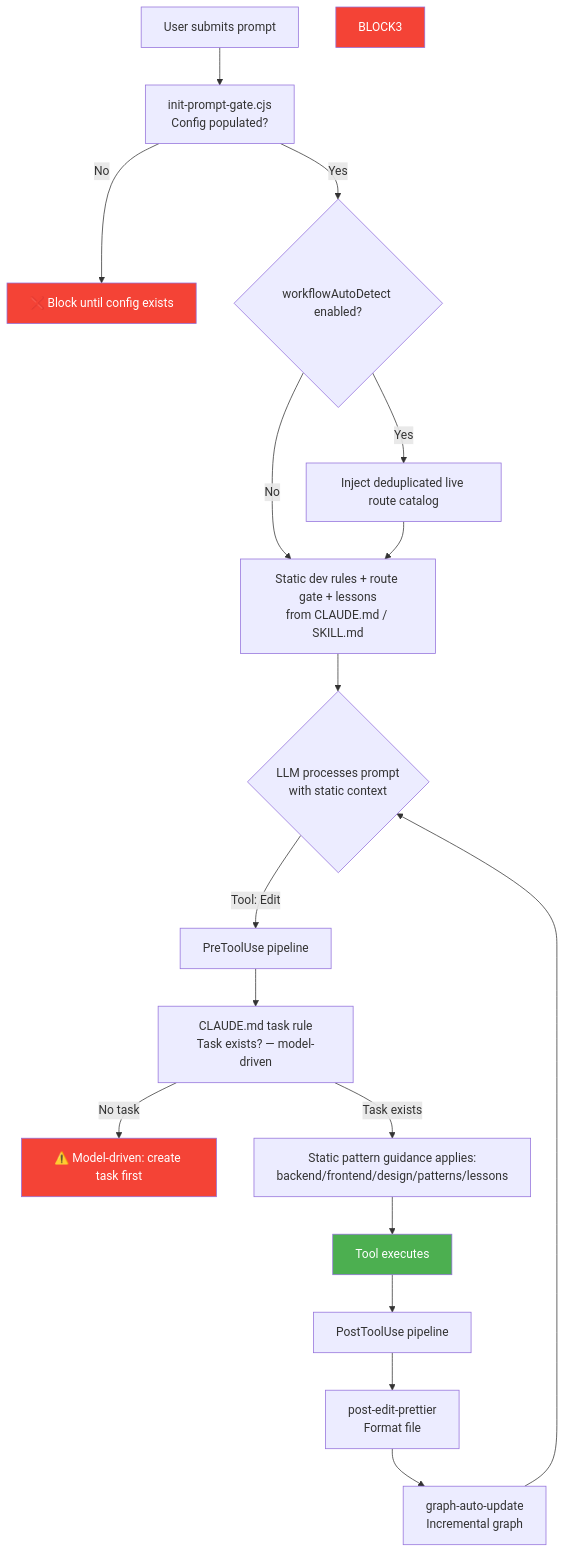
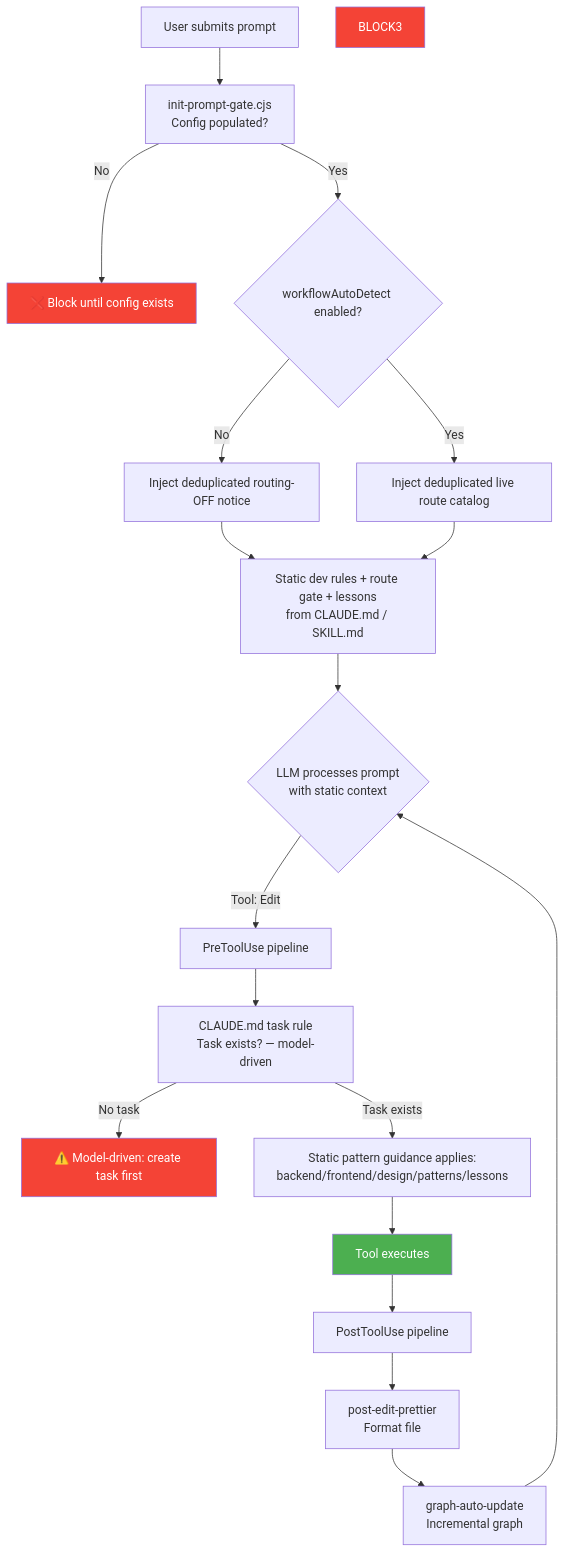
Before and after one commit to duc01226/easy-claude: diagram 20 of 20 in .claude/docs/claude-ai-agent-framework-guide.md, drawn with Mermaid. The commit also changed other lines of this file and 786 other files, not shown here.

````diff
--- a/.claude/docs/claude-ai-agent-framework-guide.md
+++ b/.claude/docs/claude-ai-agent-framework-guide.md
@@ -3485,28 +3510,29 @@
 ```mermaid
 flowchart TB
     A[User submits prompt] --> B[init-prompt-gate.cjs<br/>Config populated?]
     B -->|No| BLOCK1[❌ Block until config exists]
     B -->|Yes| C{workflowAutoDetect enabled?}
     C -->|Yes| C1[Inject deduplicated live route catalog]
-    C -->|No| D[Tracked route gate only]
+    C -->|No| C2[Inject deduplicated routing-OFF notice]
+    C2 --> D
     C1 --> D[Static dev rules + route gate + lessons<br/>from CLAUDE.md / SKILL.md]
 
     D --> H{LLM processes prompt<br/>with static context}
 
     H -->|Tool: Edit| I[PreToolUse pipeline]
     I --> I5[CLAUDE.md task rule<br/>Task exists? — model-driven]
     I5 -->|No task| BLOCK2[⚠️ Model-driven: create task first]
     I5 -->|Task exists| I7[Static pattern guidance applies:<br/>backend/frontend/design/patterns/lessons]
     I7 --> EXEC[Tool executes]
 
     EXEC --> J[PostToolUse pipeline]
     J --> J2[post-edit-prettier<br/>Format file]
     J2 --> J4[graph-auto-update<br/>Incremental graph]
 
     J4 --> H
 
     style BLOCK1 fill:#f44336,color:white
     style BLOCK2 fill:#f44336,color:white
     style BLOCK3 fill:#f44336,color:white
     style EXEC fill:#4CAF50,color:white
 ```
````
